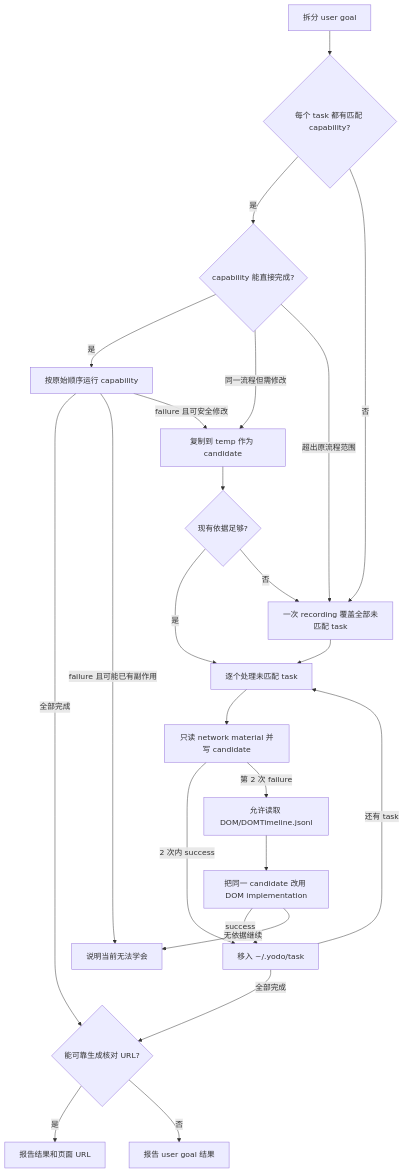
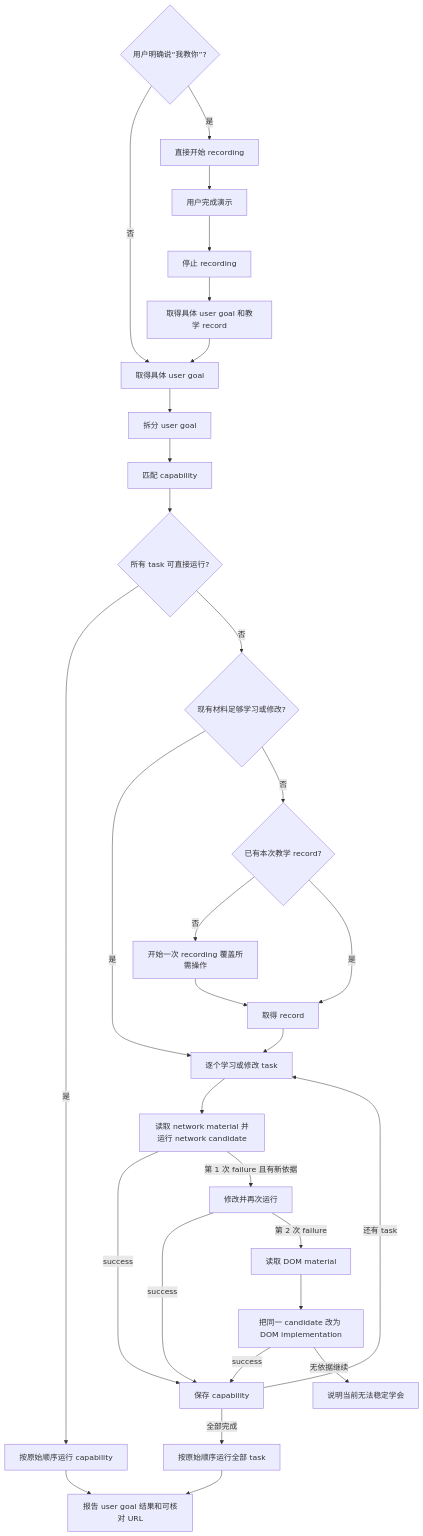
Before and after one commit to yanggggjie/yodo: the diagram in skills/yodo/SKILL.md, drawn with Mermaid. The commit also changed other lines of this file and 6 other files, not shown here.

````diff
--- a/skills/yodo/SKILL.md
+++ b/skills/yodo/SKILL.md
@@ -37,26 +39,33 @@
 ```mermaid
 flowchart TD
-  A[拆分 user goal] --> B{每个 task 都有匹配 capability?}
-  B -->|是| C{capability 能直接完成?}
-  C -->|是| J[按原始顺序运行 capability]
-  C -->|同一流程但需修改| U[复制到 temp 作为 candidate]
-  C -->|超出原流程范围| D
-  B -->|否| D[一次 recording 覆盖全部未匹配 task]
-  U --> V{现有依据足够?}
-  V -->|是| E
-  V -->|否| D
-  D --> E[逐个处理未匹配 task]
-  E --> N[只读 network material 并写 candidate]
-  N -->|2 次内 success| P[移入 ~/.yodo/task]
-  N -->|第 2 次 failure| M[允许读取 DOM/DOMTimeline.jsonl]
-  M --> T[把同一 candidate 改用 DOM implementation]
-  T -->|success| P
-  T -->|无依据继续| X[说明当前无法学会]
-  P -->|还有 task| E
-  P -->|全部完成| Q{能可靠生成核对 URL?}
-  J -->|全部完成| Q
-  Q -->|是| L[报告结果和页面 URL]
-  Q -->|否| R[报告 user goal 结果]
-  J -->|failure 且可能已有副作用| X
-  J -->|failure 且可安全修改| U
+  S{用户明确说“我教你”?}
+  S -->|否| A[取得具体 user goal]
+  S -->|是| T[直接开始 recording]
+  T --> U[用户完成演示]
+  U --> V[停止 recording]
+  V --> W[取得具体 user goal 和教学 record]
+  W --> A
+  A --> B[拆分 user goal]
+  B --> C[匹配 capability]
+  C --> D{所有 task 可直接运行?}
+  D -->|是| E[按原始顺序运行 capability]
+  D -->|否| M{现有材料足够学习或修改?}
+  M -->|是| I[逐个学习或修改 task]
+  M -->|否| F{已有本次教学 record?}
+  F -->|否| G[开始一次 recording 覆盖所需操作]
+  G --> H[取得 record]
+  F -->|是| H
+  H --> I[逐个学习或修改 task]
+  I --> N[读取 network material 并运行 network candidate]
+  N -->|success| J[保存 capability]
+  N -->|第 1 次 failure 且有新依据| O[修改并再次运行]
+  O -->|success| J
+  O -->|第 2 次 failure| P[读取 DOM material]
+  P --> Q[把同一 candidate 改为 DOM implementation]
+  Q -->|success| J
+  Q -->|无依据继续| X[说明当前无法稳定学会]
+  J -->|还有 task| I
+  J -->|全部完成| K[按原始顺序运行全部 task]
+  E --> L[报告 user goal 结果和可核对 URL]
+  K --> L
 ```
````
